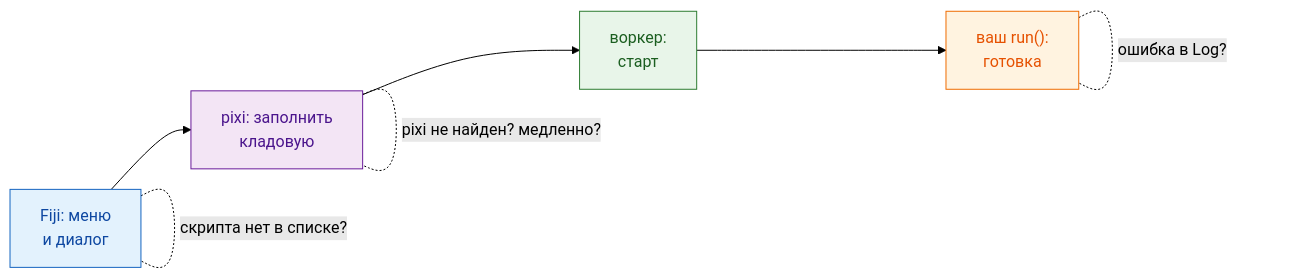
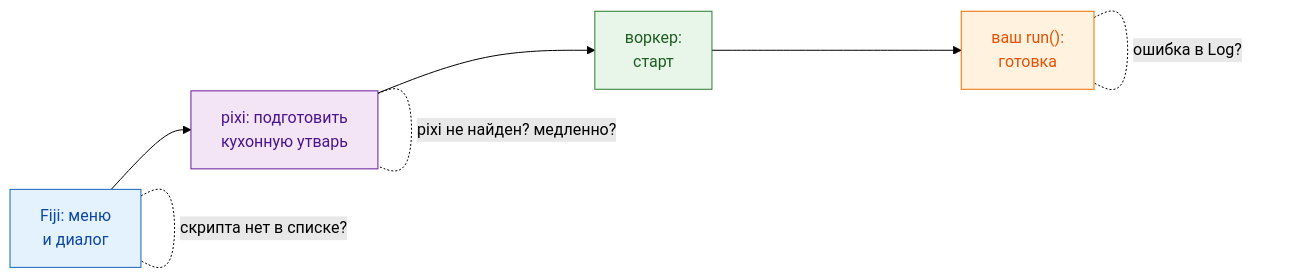
The diagram in guide/help/troubleshooting.ru.md (Oxford-Zeiss-Centre-of-Excellence/Wavu), drawn with Mermaid (forest theme) before and after one commit. The commit also changed other lines of this file and 221 other files, not shown here.

````diff
--- a/guide/help/troubleshooting.ru.md
+++ b/guide/help/troubleshooting.ru.md
@@ -11,12 +11,12 @@
 ```mermaid
 flowchart LR
-    A["Fiji: меню<br/>и диалог"]:::fiji --> B["pixi: заполнить<br/>кладовую"]:::env --> C["воркер:<br/>старт"]:::worker --> D["ваш run():<br/>готовка"]:::script
+    A["Fiji: меню<br/>и диалог"]:::fiji --> B["pixi: подготовить<br/>кухонную утварь"]:::env --> C["воркер:<br/>старт"]:::worker --> D["ваш run():<br/>готовка"]:::script
     A -. "скрипта нет в списке?" .- A
     B -. "pixi не найден? медленно?" .- B
     D -. "ошибка в Log?" .- D
 
     classDef fiji   fill:#e3f2fd,stroke:#1565c0,color:#0d47a1
     classDef worker fill:#e8f5e9,stroke:#2e7d32,color:#1b5e20
     classDef script fill:#fff3e0,stroke:#ef6c00,color:#e65100
     classDef env    fill:#f3e5f5,stroke:#6a1b9a,color:#4a148c
 ```
````
